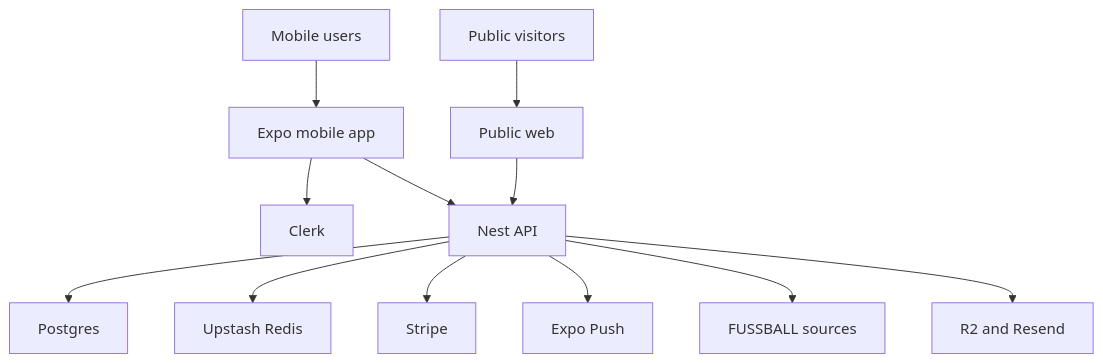
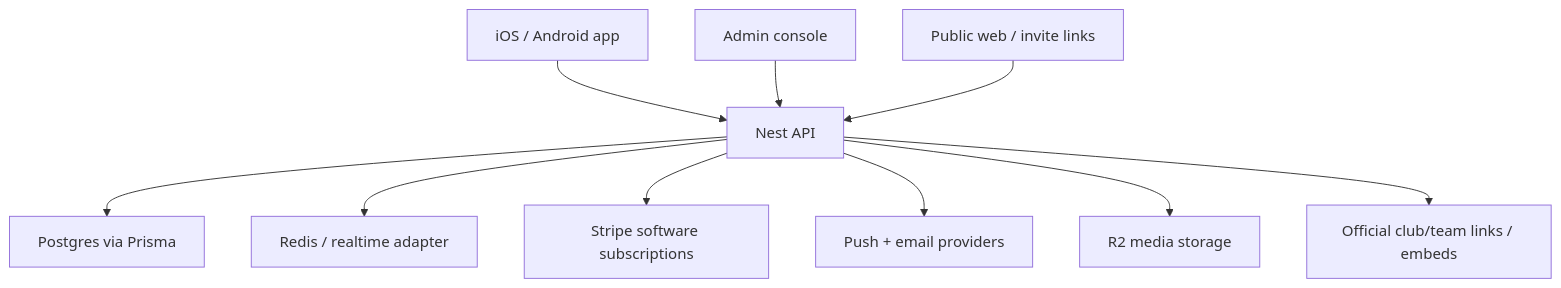
One commit to opemati90/anstoss changed the diagram in apps/mobile/anstoss-threat-model.md. Above: the diagram before and after it, drawn with Mermaid. The commit also changed other lines of this file and 57 other files, not shown here.

````diff
--- a/apps/mobile/anstoss-threat-model.md
+++ b/apps/mobile/anstoss-threat-model.md
@@ -38,14 +43,12 @@
 ```mermaid
 flowchart TD
-  U["Mobile users"] --> M["Expo mobile app"]
-  P["Public visitors"] --> W["Public web"]
-  M --> C["Clerk"]
-  M --> A["Nest API"]
-  W --> A
-  A --> D["Postgres"]
-  A --> R["Upstash Redis"]
-  A --> S["Stripe"]
-  A --> X["Expo Push"]
-  A --> F["FUSSBALL sources"]
-  A --> O["R2 and Resend"]
+  M["iOS / Android app"] --> A["Nest API"]
+  AD["Admin console"] --> A
+  W["Public web / invite links"] --> A
+  A --> DB["Postgres via Prisma"]
+  A --> R["Redis / realtime adapter"]
+  A --> S["Stripe software subscriptions"]
+  A --> P["Push + email providers"]
+  A --> O["R2 media storage"]
+  A --> F["Official club/team links / embeds"]
 ```
````
